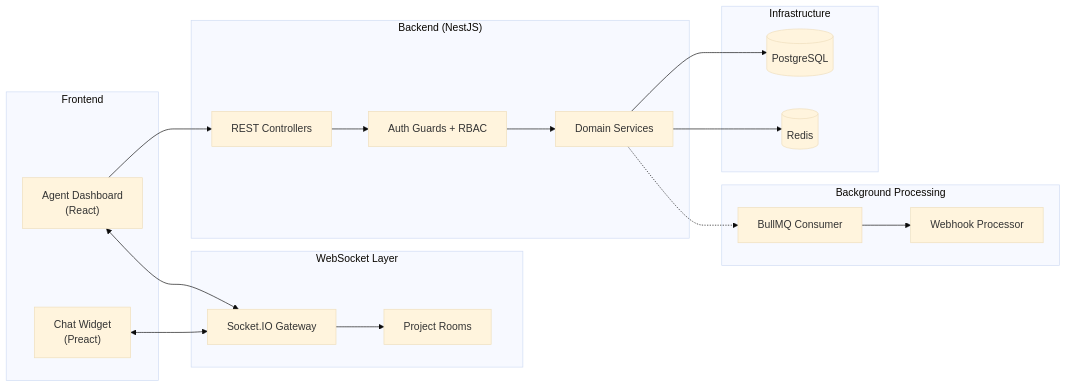
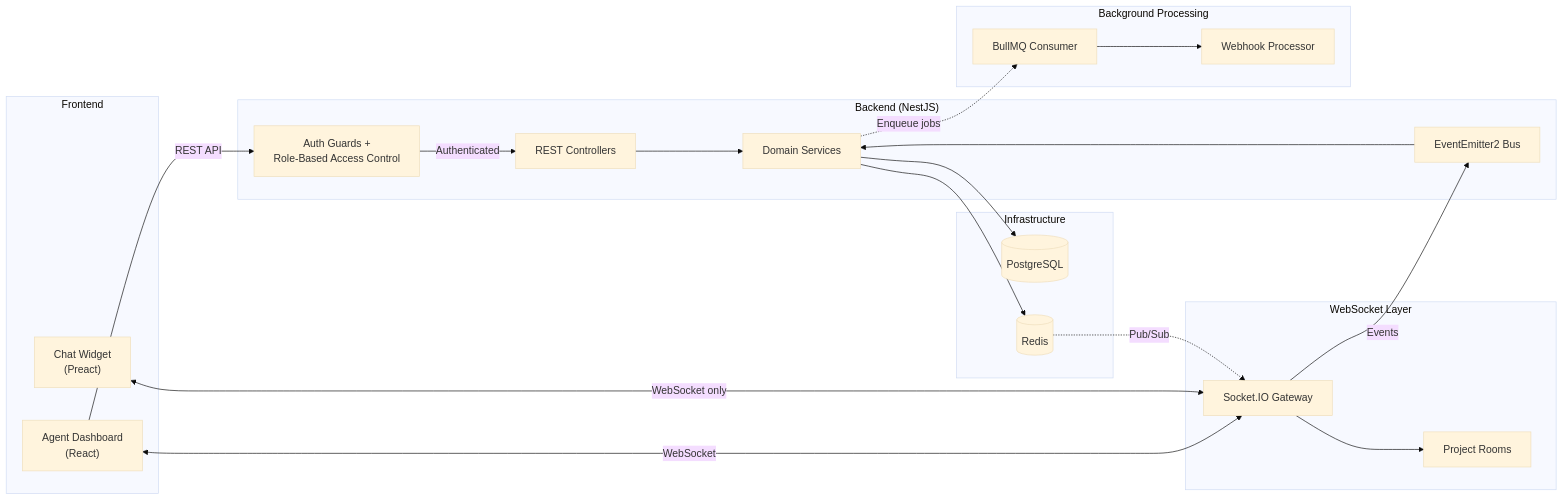
One commit to doananhhung/livechat changed the first of 8 diagrams in presentation/pages/hung.md. Above: the diagram before and after it, drawn with Mermaid (base theme). The commit also changed other lines of this file, not shown here.

````diff
--- a/presentation/pages/hung.md
+++ b/presentation/pages/hung.md
@@ -47,38 +59,54 @@
 ```mermaid
 flowchart LR
-    subgraph Frontend["Frontend"]
-        Dashboard["Agent Dashboard<br/>(React)"]
-        Widget["Chat Widget<br/>(Preact)"]
+    subgraph Frontend
+        Dashboard["Agent Dashboard <br/> (React)"]
+        Widget["Chat Widget <br/> (Preact)"]
     end
 
-    subgraph Gateway["WebSocket Layer"]
+    subgraph WSLayer["WebSocket Layer"]
         SIO["Socket.IO Gateway"]
         Rooms["Project Rooms"]
     end
 
     subgraph Backend["Backend (NestJS)"]
+        Guards["Auth Guards + <br/> Role-Based Access Control"]
         API["REST Controllers"]
+        EventBus["EventEmitter2 Bus"]
         Services["Domain Services"]
-        Guards["Auth Guards + RBAC"]
     end
 
     subgraph Workers["Background Processing"]
         BullMQ["BullMQ Consumer"]
         Webhooks["Webhook Processor"]
     end
 
     subgraph Infra["Infrastructure"]
         PG[("PostgreSQL")]
         Redis[("Redis")]
     end
 
-    Dashboard --> API
-    Dashboard <--> SIO
-    Widget <--> SIO
-    API --> Guards --> Services
+    %% Frontend connections
+    Dashboard -->|"REST API"| Guards
+    Dashboard <-->|"WebSocket"| SIO
+    Widget <-->|"WebSocket only"| SIO
+
+    %% Auth flow
+    Guards -->|"Authenticated"| API
+    API --> Services
+
+    %% WebSocket to Backend
+    SIO --> Rooms
+    SIO -->|"Events"| EventBus
+    EventBus --> Services
+
+    %% Backend to Infrastructure
     Services --> PG
     Services --> Redis
-    SIO --> Rooms
-    Services -.-> BullMQ
+
+    %% Background processing
+    Services -.->|"Enqueue jobs"| BullMQ
     BullMQ --> Webhooks
+    
+    %% Redis Pub/Sub (for cross-server)
+    Redis -.->|"Pub/Sub"| SIO
 ```
````
